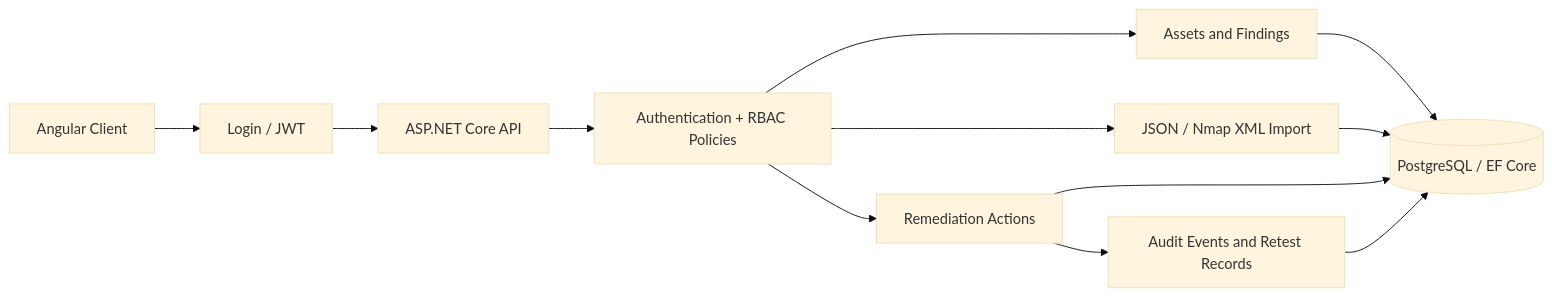
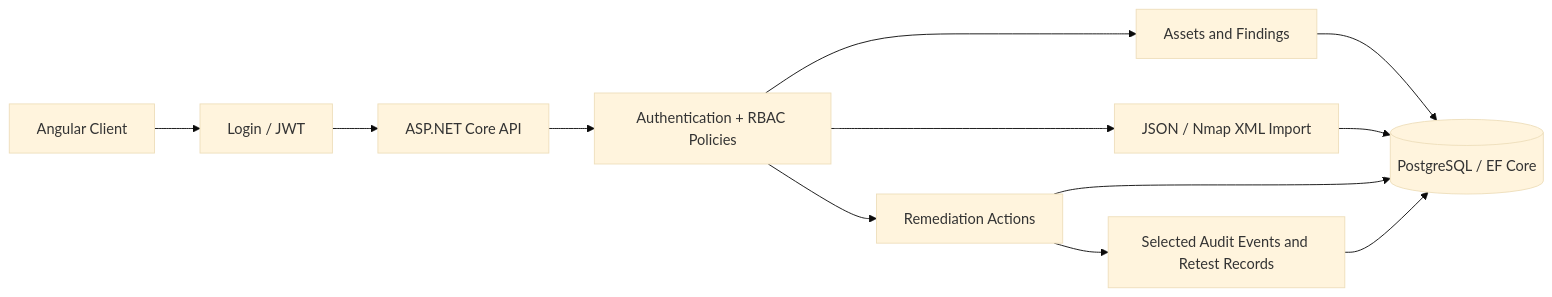
Before and after one commit to tracolerd/fixtrail-security: the first of 2 diagrams in README.md, drawn with Mermaid (base theme). The commit also changed other lines of this file, not shown here.

Commit message:
docs: refresh README after authentication hardening audit

```diff
--- a/README.md
+++ b/README.md
@@ -113,14 +114,14 @@
 ~~~mermaid
 flowchart LR
     UI[Angular Client] --> AUTH[Login / JWT]
     AUTH --> API[ASP.NET Core API]
     API --> POL[Authentication + RBAC Policies]
     POL --> ASSETS[Assets and Findings]
     POL --> IMPORT[JSON / Nmap XML Import]
     POL --> REM[Remediation Actions]
     ASSETS --> DB[(PostgreSQL / EF Core)]
     IMPORT --> DB
     REM --> DB
-    REM --> AUDIT[Audit Events and Retest Records]
+    REM --> AUDIT[Selected Audit Events and Retest Records]
     AUDIT --> DB
 ~~~
```
